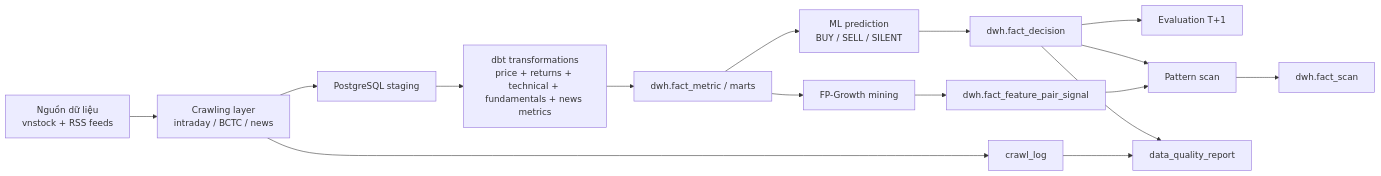
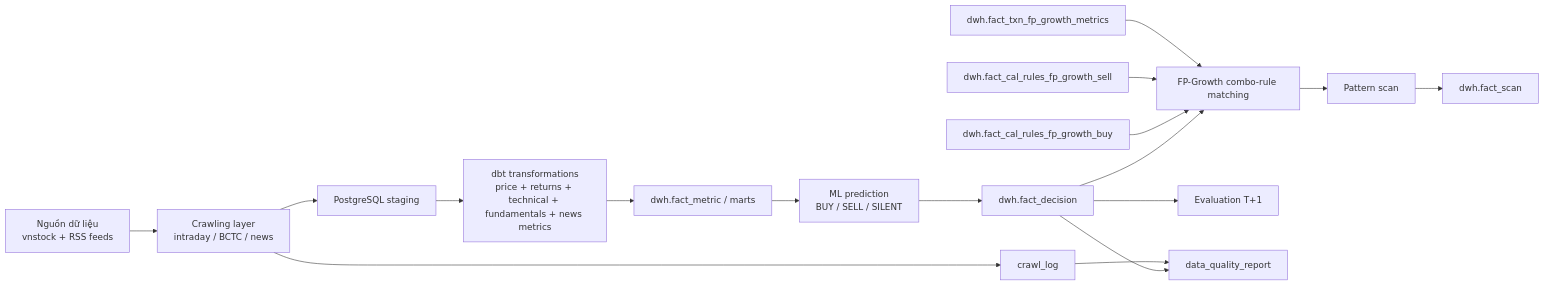
One commit to Hoai-Viet/Stock_Prediction changed the diagram in README.md. Above: the diagram before and after it, drawn with Mermaid. The commit also changed other lines of this file and 4 other files, not shown here.

Commit message:
docs: align FP-Growth with post-ML combo rules

````diff
--- a/README.md
+++ b/README.md
@@ -54,18 +54,19 @@
 ```mermaid
 flowchart LR
     A["Nguồn dữ liệu<br/>vnstock + RSS feeds"] --> B["Crawling layer<br/>intraday / BCTC / news"]
     B --> C["PostgreSQL staging"]
     C --> D["dbt transformations<br/>price + returns + technical + fundamentals + news metrics"]
     D --> E["dwh.fact_metric / marts"]
     E --> F["ML prediction<br/>BUY / SELL / SILENT"]
-    E --> G["FP-Growth mining"]
     F --> H["dwh.fact_decision"]
-    G --> I["dwh.fact_feature_pair_signal"]
+    H --> G["FP-Growth combo-rule matching"]
+    R1["dwh.fact_cal_rules_fp_growth_buy"] --> G
+    R2["dwh.fact_cal_rules_fp_growth_sell"] --> G
+    T["dwh.fact_txn_fp_growth_metrics"] --> G
     H --> J["Evaluation T+1"]
-    H --> K["Pattern scan"]
-    I --> K
+    G --> K["Pattern scan"]
     K --> L["dwh.fact_scan"]
     B --> M["crawl_log"]
     H --> N["data_quality_report"]
     M --> N
 ```
````
